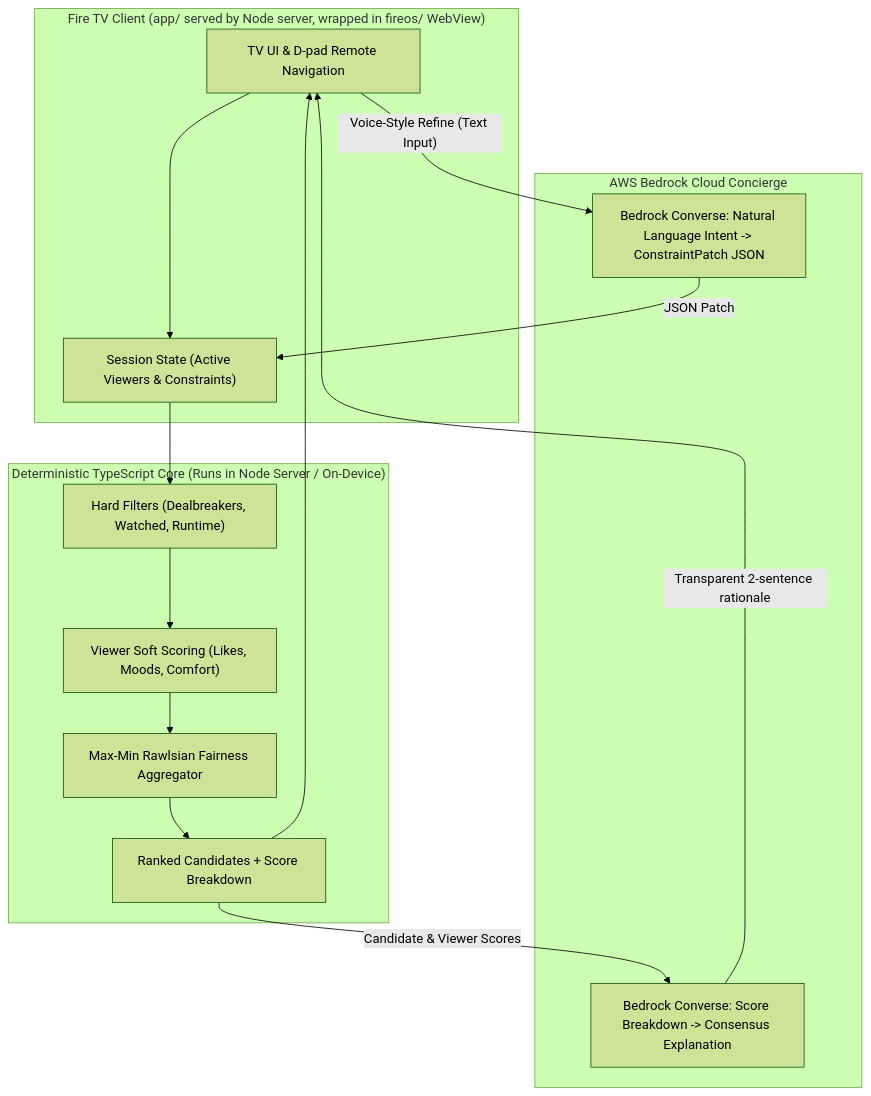
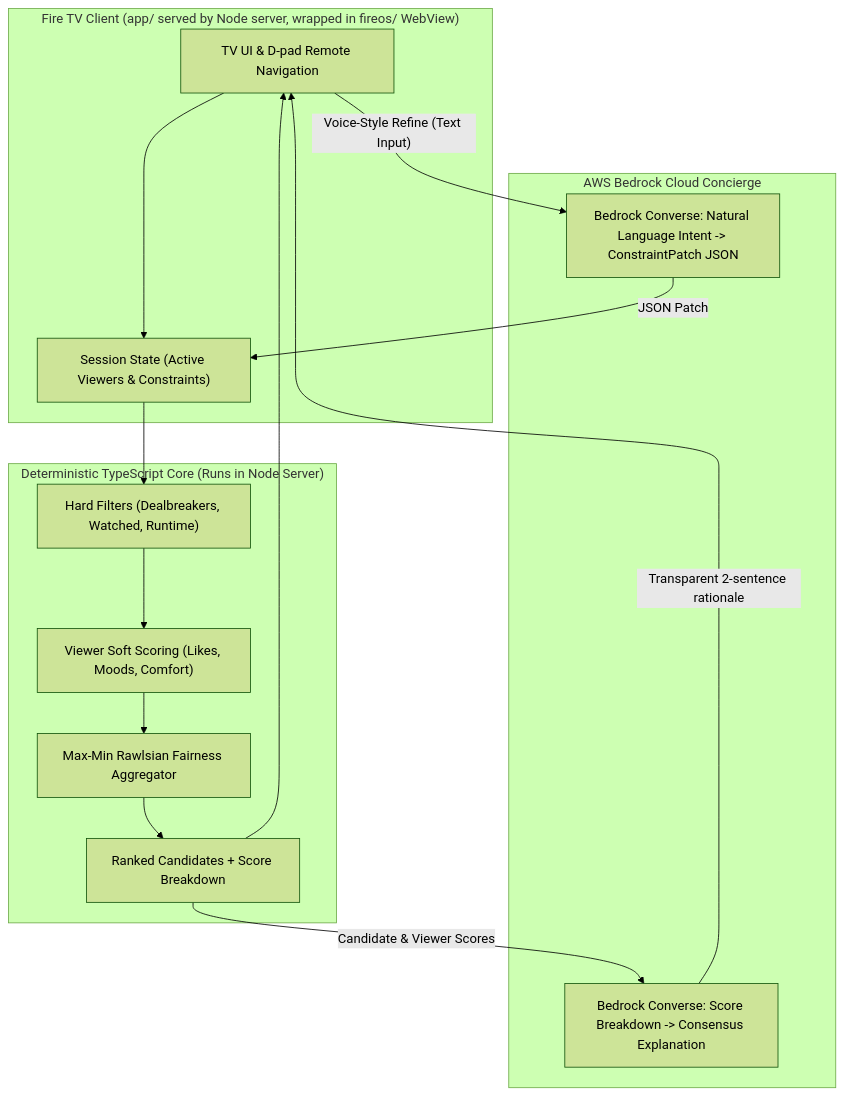
The diagram in docs/architecture.md (shrutimishrads/OnePick), drawn with Mermaid (forest theme) before and after one commit. The commit also changed other lines of this file and 4 other files, not shown here.

````diff
--- a/docs/architecture.md
+++ b/docs/architecture.md
@@ -3,32 +3,32 @@
 ```mermaid
 flowchart TD
     subgraph FireTVApp ["Fire TV Client (app/ served by Node server, wrapped in fireos/ WebView)"]
         UI["TV UI & D-pad Remote Navigation"]
         State["Session State (Active Viewers & Constraints)"]
     end
 
-    subgraph DeterministicCore ["Deterministic TypeScript Core (Runs in Node Server / On-Device)"]
+    subgraph DeterministicCore ["Deterministic TypeScript Core (Runs in Node Server)"]
         Filter["Hard Filters (Dealbreakers, Watched, Runtime)"]
         Scorer["Viewer Soft Scoring (Likes, Moods, Comfort)"]
         Fairness["Max-Min Rawlsian Fairness Aggregator"]
         Ranker["Ranked Candidates + Score Breakdown"]
     end
 
     subgraph CloudLayer ["AWS Bedrock Cloud Concierge"]
         BedrockParse["Bedrock Converse: Natural Language Intent -> ConstraintPatch JSON"]
         BedrockExplain["Bedrock Converse: Score Breakdown -> Consensus Explanation"]
     end
 
     UI --> State
     State --> Filter
     Filter --> Scorer
     Scorer --> Fairness
     Fairness --> Ranker
     Ranker --> UI
 
     UI -- "Voice-Style Refine (Text Input)" --> BedrockParse
     BedrockParse -- "JSON Patch" --> State
 
     Ranker -- "Candidate & Viewer Scores" --> BedrockExplain
     BedrockExplain -- "Transparent 2-sentence rationale" --> UI
 ```
````
